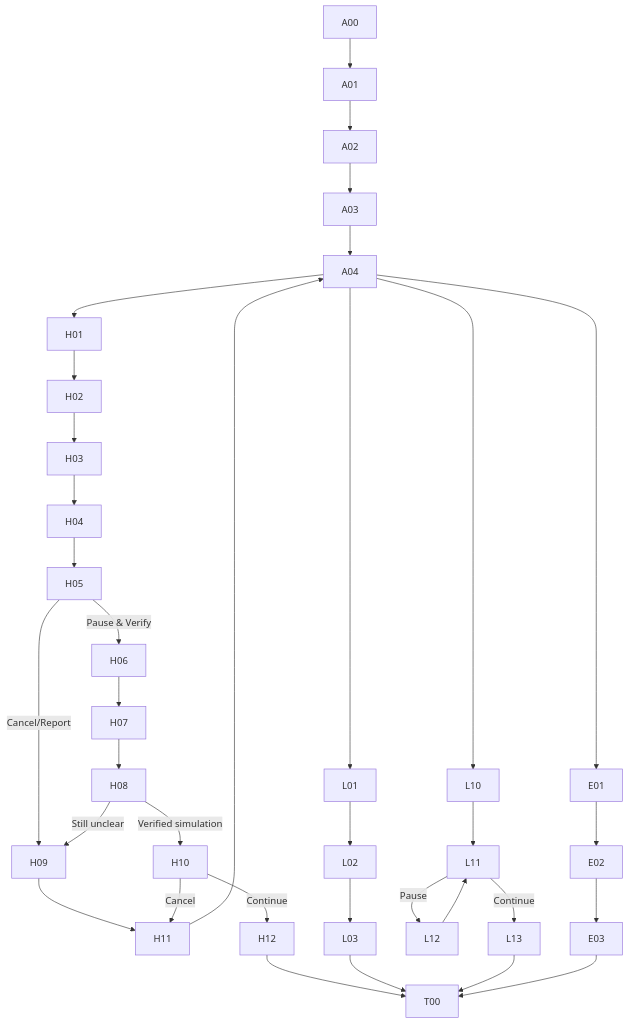
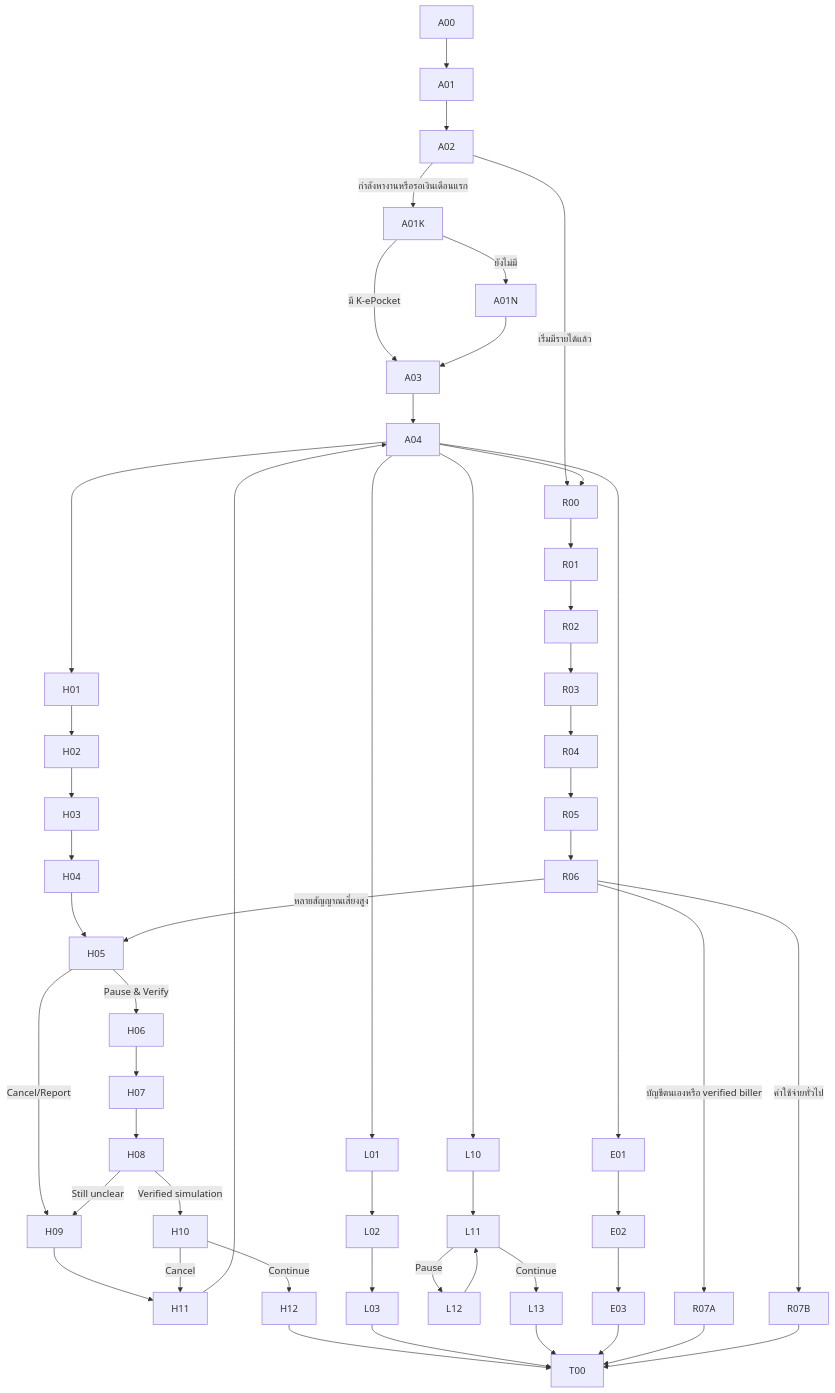
The diagram in prototype/figma-flow-spec.md (ronnakrit303/KBTG_Kampus_Hackathon_2026), drawn with Mermaid before and after one commit. The commit also changed other lines of this file and 68 other files, not shown here.

````diff
--- a/prototype/figma-flow-spec.md
+++ b/prototype/figma-flow-spec.md
@@ -175,16 +221,25 @@
 ```mermaid
 flowchart TD
-    A00 --> A01 --> A02 --> A03 --> A04
+    A00 --> A01 --> A02
+    A02 -->|กำลังหางานหรือรอเงินเดือนแรก| A01K
+    A02 -->|เริ่มมีรายได้แล้ว| R00
+    A01K -->|มี K-ePocket| A03
+    A01K -->|ยังไม่มี| A01N --> A03
+    A03 --> A04
     A04 --> H01 --> H02 --> H03 --> H04 --> H05
     H05 -->|Pause & Verify| H06 --> H07 --> H08
     H05 -->|Cancel/Report| H09 --> H11 --> A04
     H08 -->|Verified simulation| H10
     H08 -->|Still unclear| H09
     H10 -->|Continue| H12 --> T00
     H10 -->|Cancel| H11
     A04 --> L01 --> L02 --> L03 --> T00
     A04 --> L10 --> L11
     L11 -->|Pause| L12 --> L11
     L11 -->|Continue| L13 --> T00
     A04 --> E01 --> E02 --> E03 --> T00
+    A04 --> R00 --> R01 --> R02 --> R03 --> R04 --> R05 --> R06
+    R06 -->|บัญชีตนเองหรือ verified biller| R07A --> T00
+    R06 -->|ค่าใช้จ่ายทั่วไป| R07B --> T00
+    R06 -->|หลายสัญญาณเสี่ยงสูง| H05
 ```
````
